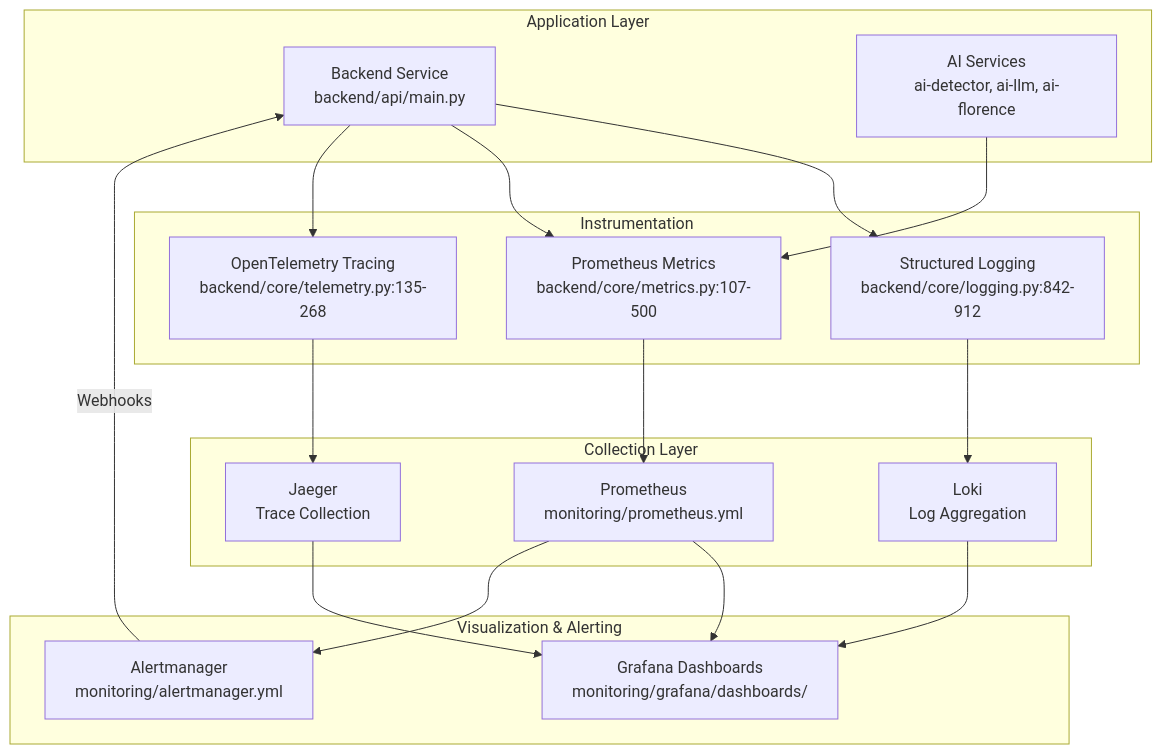
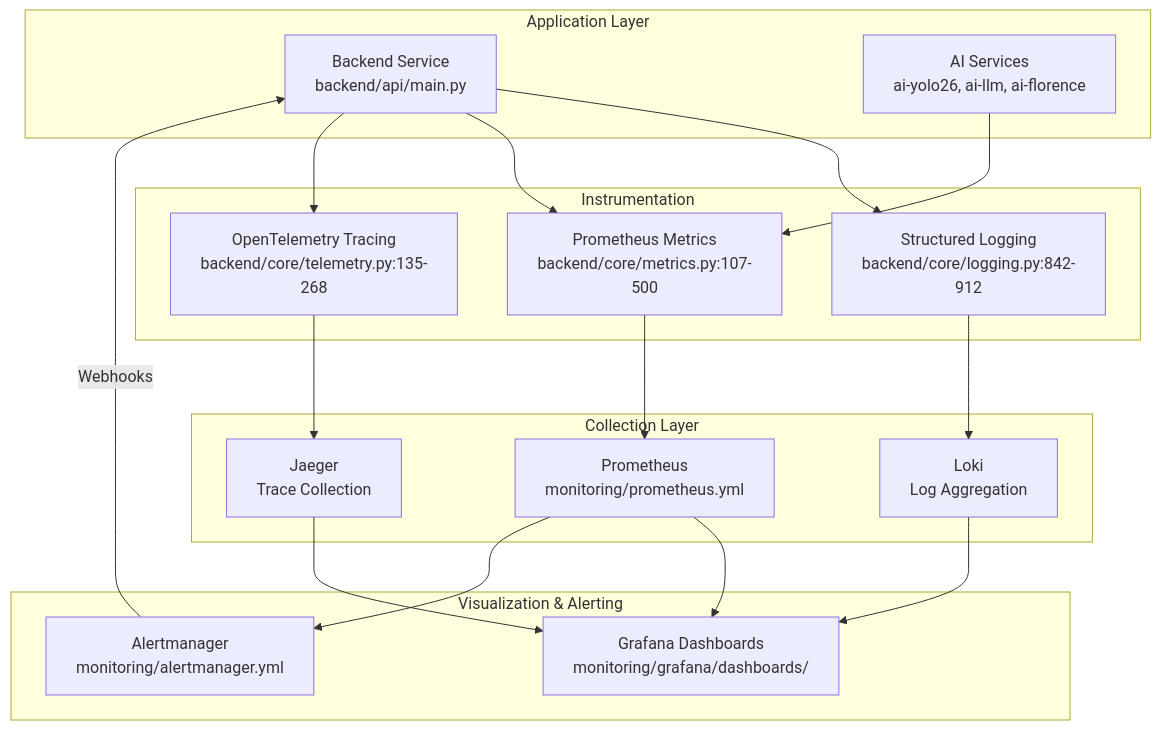
The diagram in docs/architecture/observability/README.md (mikesvoboda/nemotron-v3-home-security-intelligence), drawn with Mermaid before and after one commit. The commit also changed 109 other files, not shown here.

````diff
--- a/docs/architecture/observability/README.md
+++ b/docs/architecture/observability/README.md
@@ -25,40 +25,40 @@
 ```mermaid
 graph TD
     subgraph "Application Layer"
         BE[Backend Service<br/>backend/api/main.py]
-        AI[AI Services<br/>ai-detector, ai-llm, ai-florence]
+        AI[AI Services<br/>ai-yolo26, ai-llm, ai-florence]
     end
 
     subgraph "Instrumentation"
         LOG[Structured Logging<br/>backend/core/logging.py:842-912]
         MET[Prometheus Metrics<br/>backend/core/metrics.py:107-500]
         TRC[OpenTelemetry Tracing<br/>backend/core/telemetry.py:135-268]
     end
 
     subgraph "Collection Layer"
         PROM[Prometheus<br/>monitoring/prometheus.yml]
         LOKI[Loki<br/>Log Aggregation]
         JAEG[Jaeger<br/>Trace Collection]
     end
 
     subgraph "Visualization & Alerting"
         GRAF[Grafana Dashboards<br/>monitoring/grafana/dashboards/]
         AM[Alertmanager<br/>monitoring/alertmanager.yml]
     end
 
     BE --> LOG
     BE --> MET
     BE --> TRC
     AI --> MET
 
     LOG --> LOKI
     MET --> PROM
     TRC --> JAEG
 
     PROM --> GRAF
     LOKI --> GRAF
     JAEG --> GRAF
     PROM --> AM
 
     AM --> |Webhooks| BE
 ```
````
